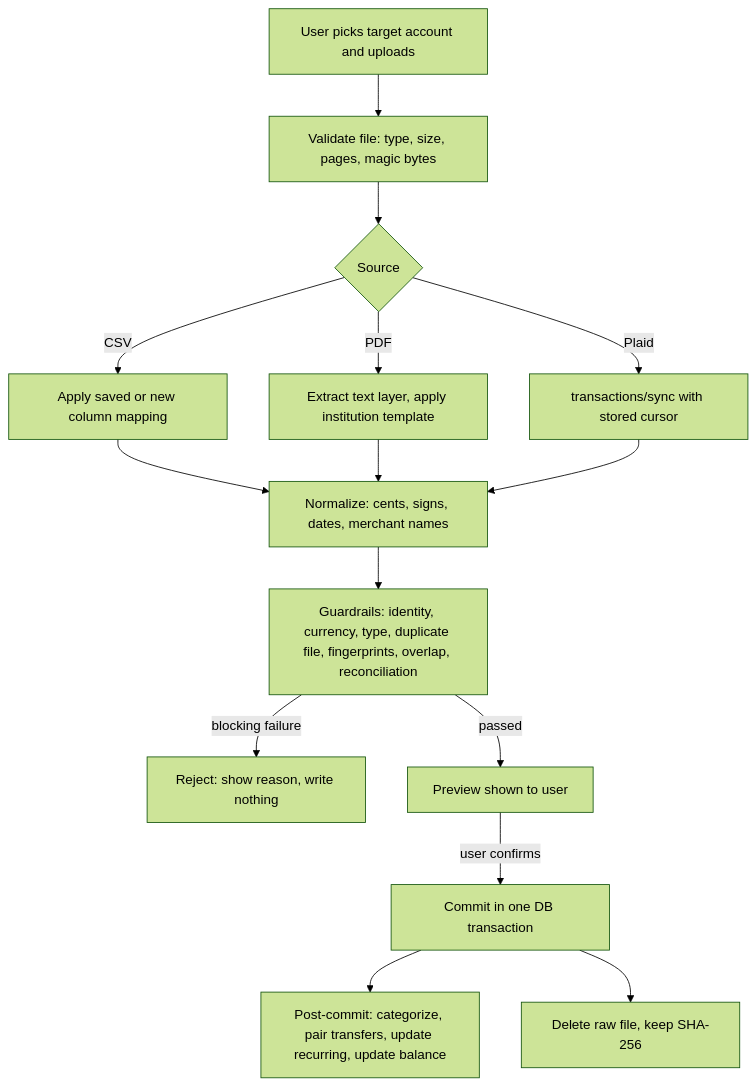
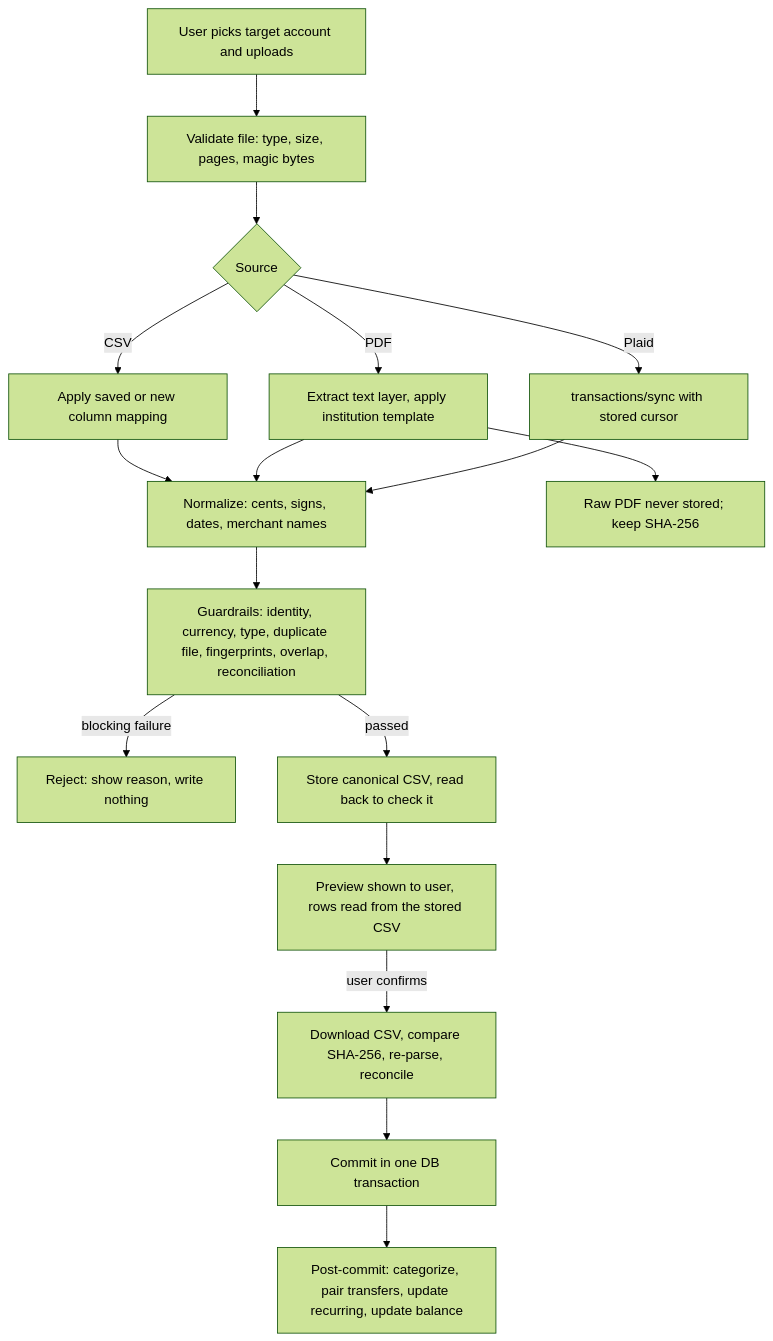
The second of 4 diagrams in docs/ARCHITECTURE.md (TahubCS/Reeflect), drawn with Mermaid (forest theme) before and after one commit. The commit also changed other lines of this file and 75 other files, not shown here.

First line of the commit message:
feat(imports): add PDF statement import with verified CSV in object storage (F-06)

````diff
--- a/docs/ARCHITECTURE.md
+++ b/docs/ARCHITECTURE.md
@@ -184,17 +184,19 @@
 ```mermaid
 flowchart TD
   U[User picks target account and uploads] --> V[Validate file: type, size, pages, magic bytes]
   V --> P{Source}
   P -->|CSV| C[Apply saved or new column mapping]
   P -->|PDF| X[Extract text layer, apply institution template]
   P -->|Plaid| S[transactions/sync with stored cursor]
   C --> N[Normalize: cents, signs, dates, merchant names]
   X --> N
   S --> N
   N --> G[Guardrails: identity, currency, type, duplicate file, fingerprints, overlap, reconciliation]
   G -->|blocking failure| R[Reject: show reason, write nothing]
-  G -->|passed| PV[Preview shown to user]
-  PV -->|user confirms| CM[Commit in one DB transaction]
+  G -->|passed| ST[Store canonical CSV, read back to check it]
+  ST --> PV[Preview shown to user, rows read from the stored CSV]
+  PV -->|user confirms| RC[Download CSV, compare SHA-256, re-parse, reconcile]
+  RC --> CM[Commit in one DB transaction]
   CM --> POST[Post-commit: categorize, pair transfers, update recurring, update balance]
-  CM --> DEL[Delete raw file, keep SHA-256]
+  X --> DEL[Raw PDF never stored; keep SHA-256]
 ```
````
